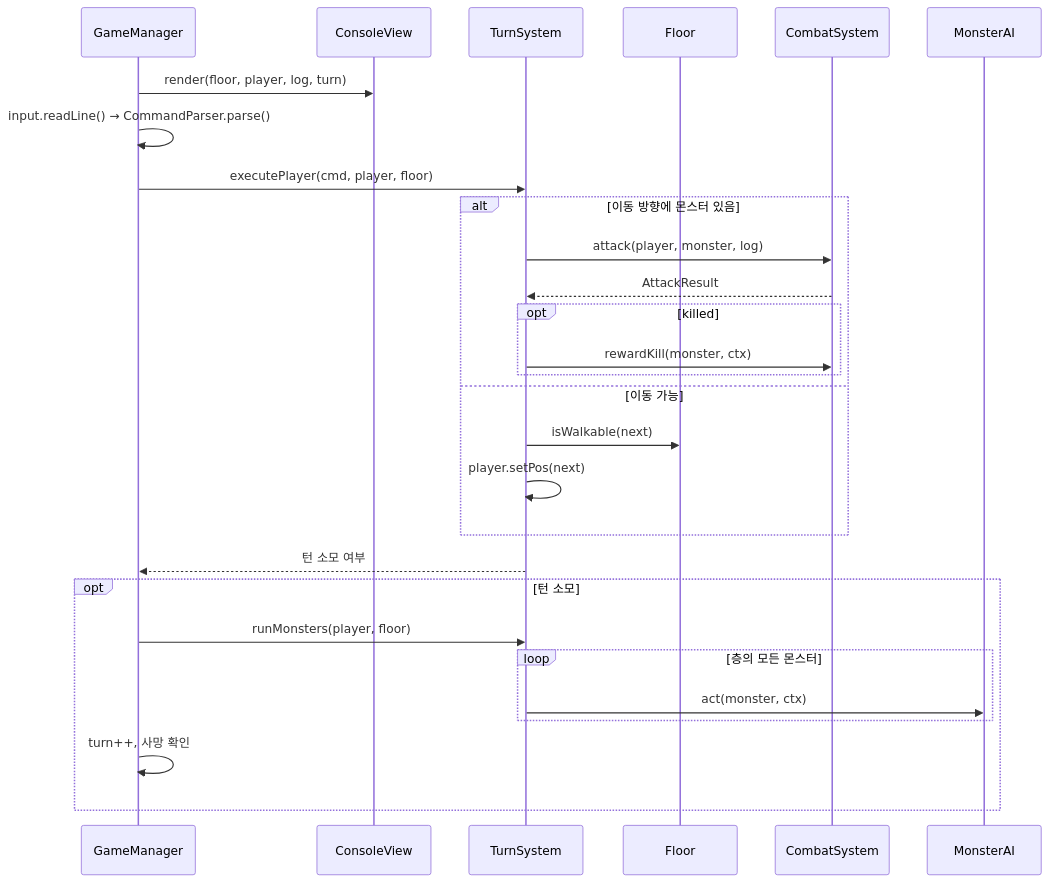
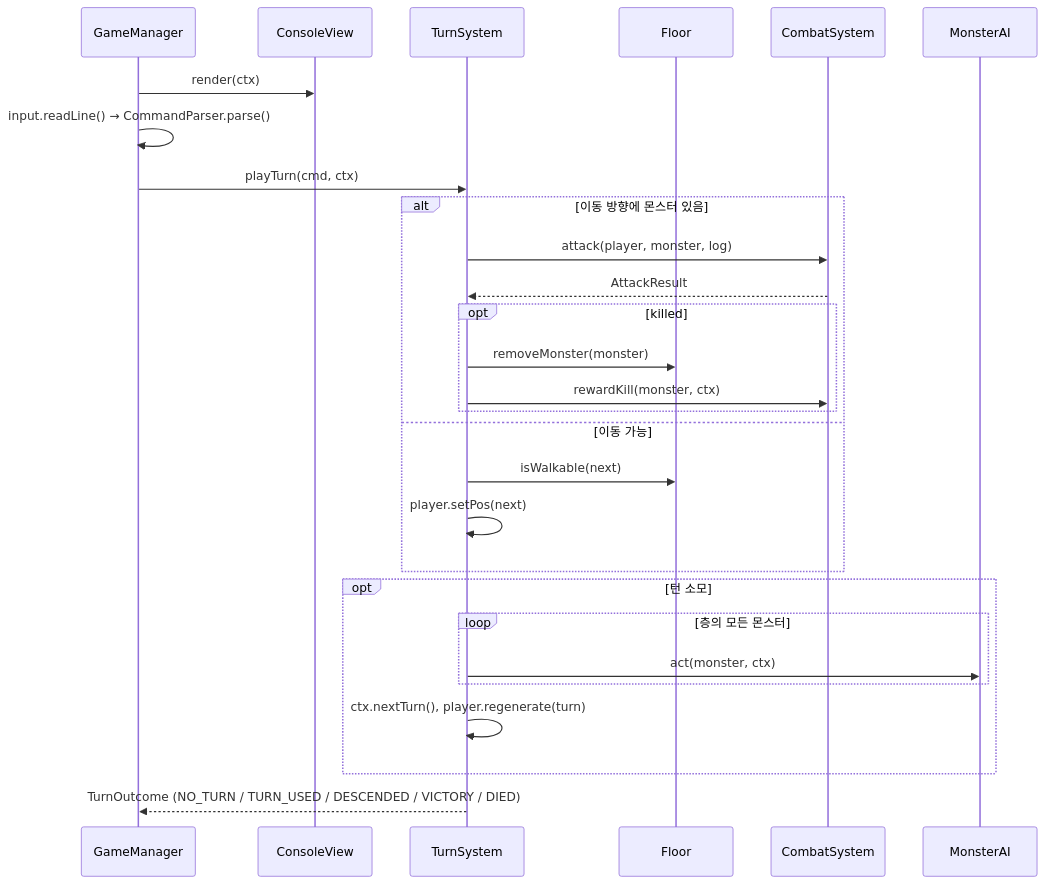
The ninth of 9 diagrams in docs/Class-Diagram.md (likelion-boot-camp-28th/side-project01-team01), drawn with Mermaid before and after one commit. The commit also changed other lines of this file and 7 other files, not shown here.

````diff
--- a/docs/Class-Diagram.md
+++ b/docs/Class-Diagram.md
@@ -879,31 +883,31 @@
 ```mermaid
 sequenceDiagram
     participant GM as GameManager
     participant V as ConsoleView
     participant TS as TurnSystem
     participant F as Floor
     participant CS as CombatSystem
     participant AI as MonsterAI
 
-    GM->>V: render(floor, player, log, turn)
+    GM->>V: render(ctx)
     GM->>GM: input.readLine() → CommandParser.parse()
-    GM->>TS: executePlayer(cmd, player, floor)
+    GM->>TS: playTurn(cmd, ctx)
     alt 이동 방향에 몬스터 있음
         TS->>CS: attack(player, monster, log)
         CS-->>TS: AttackResult
         opt killed
+            TS->>F: removeMonster(monster)
             TS->>CS: rewardKill(monster, ctx)
         end
     else 이동 가능
         TS->>F: isWalkable(next)
         TS->>TS: player.setPos(next)
     end
-    TS-->>GM: 턴 소모 여부
     opt 턴 소모
-        GM->>TS: runMonsters(player, floor)
         loop 층의 모든 몬스터
             TS->>AI: act(monster, ctx)
         end
-        GM->>GM: turn++, 사망 확인
+        TS->>TS: ctx.nextTurn(), player.regenerate(turn)
     end
+    TS-->>GM: TurnOutcome (NO_TURN / TURN_USED / DESCENDED / VICTORY / DIED)
 ```
````
